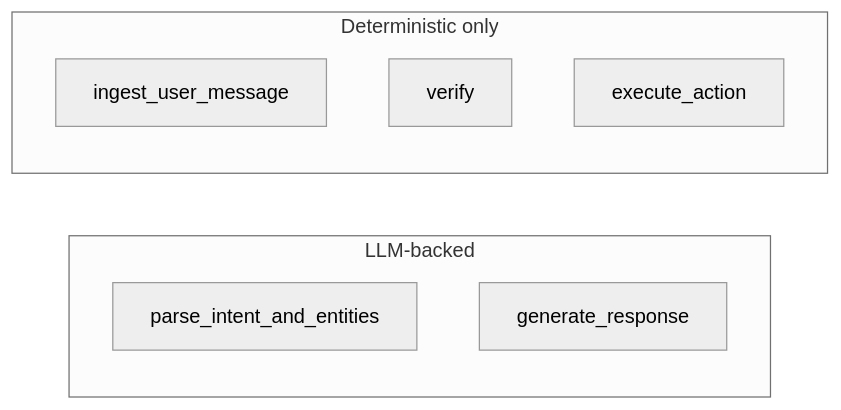
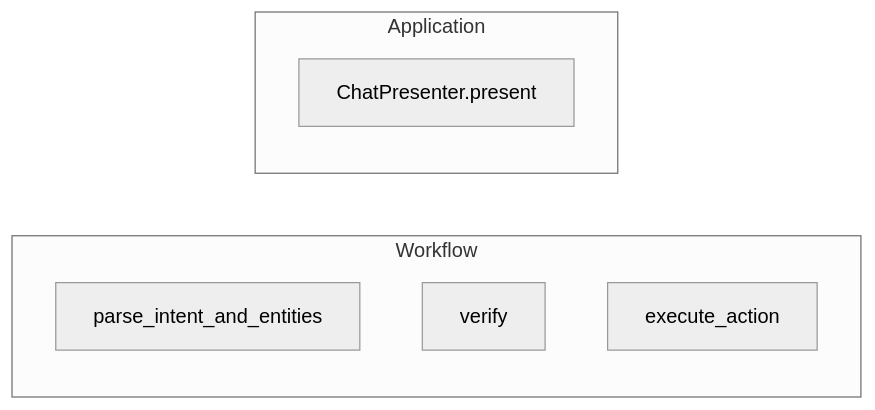
Before and after one commit to ktakanopy/appointment-bot: the diagram in docs/llm-boundary.md, drawn with Mermaid (neutral theme). The commit also changed other lines of this file and 85 other files, not shown here.

````diff
--- a/docs/llm-boundary.md
+++ b/docs/llm-boundary.md
@@ -74,12 +74,11 @@
 ```mermaid
 flowchart LR
-  subgraph llm_nodes["LLM-backed"]
-    A[parse_intent_and_entities]
-    B[generate_response]
+  subgraph workflow [Workflow]
+    interpret[parse_intent_and_entities]
+    verify[verify]
+    execute[execute_action]
   end
-  subgraph deterministic_only["Deterministic only"]
-    C[ingest_user_message]
-    D[verify]
-    E[execute_action]
+  subgraph application [Application]
+    presenter[ChatPresenter.present]
   end
 ```
````
